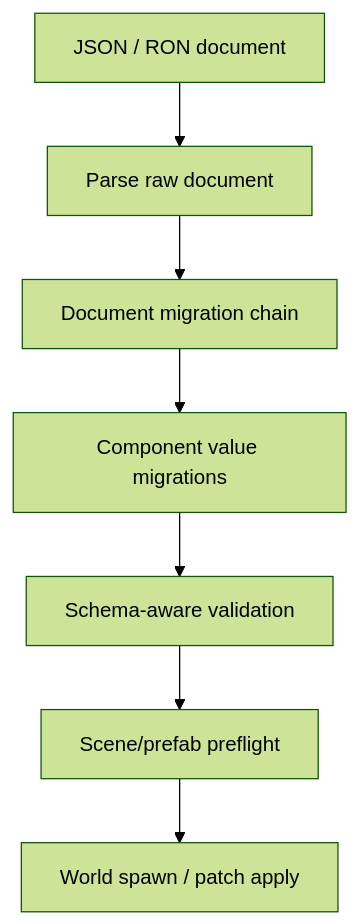
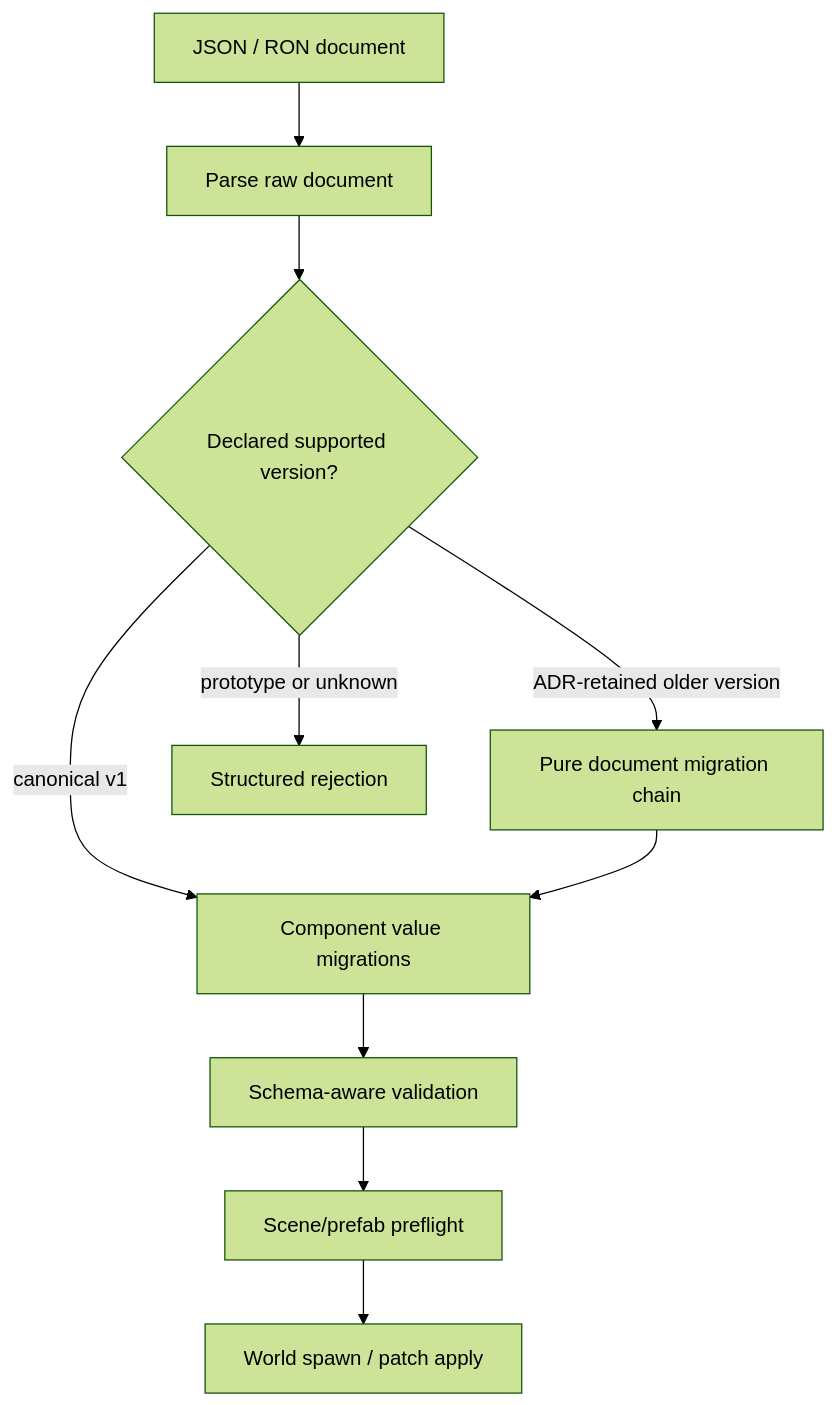
One commit to Latias94/nara changed the diagram in docs/architecture/adr/0043-scene-prefab-and-patch-document-migration-policy.md. Above: the diagram before and after it, drawn with Mermaid (forest theme). The commit also changed other lines of this file and 10 other files, not shown here.

First line of the commit message:
docs(architecture): separate decisions from implementation

````diff
--- a/docs/architecture/adr/0043-scene-prefab-and-patch-document-migration-policy.md
+++ b/docs/architecture/adr/0043-scene-prefab-and-patch-document-migration-policy.md
@@ -24,9 +27,12 @@
 ```mermaid
 flowchart TD
     File[JSON / RON document] --> Parse[Parse raw document]
-    Parse --> DocMig[Document migration chain]
-    DocMig --> CompMig[Component value migrations]
+    Parse --> Version{Declared supported version?}
+    Version -->|canonical v1| CompMig[Component value migrations]
+    Version -->|ADR-retained older version| DocMig[Pure document migration chain]
+    Version -->|prototype or unknown| Reject[Structured rejection]
+    DocMig --> CompMig
     CompMig --> Validate[Schema-aware validation]
     Validate --> Preflight[Scene/prefab preflight]
     Preflight --> World[World spawn / patch apply]
 ```
````
